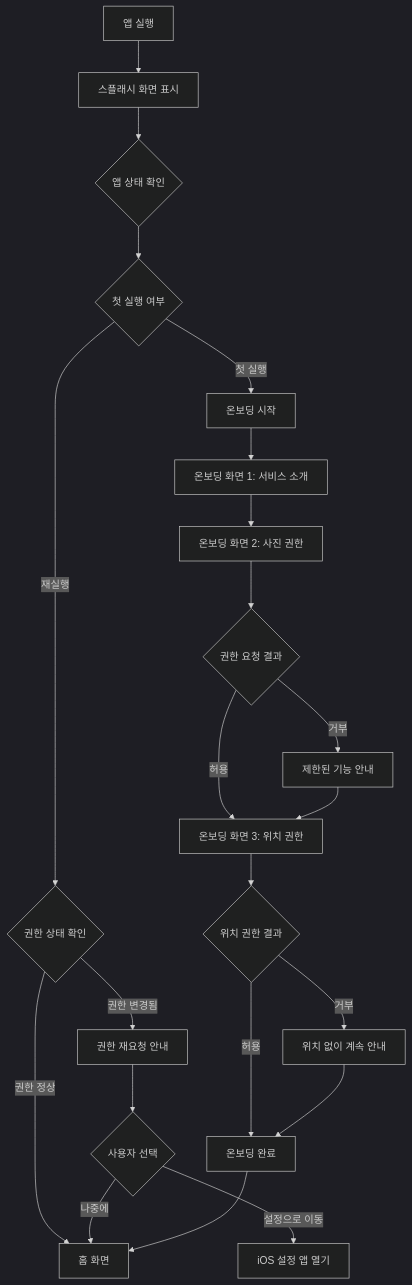
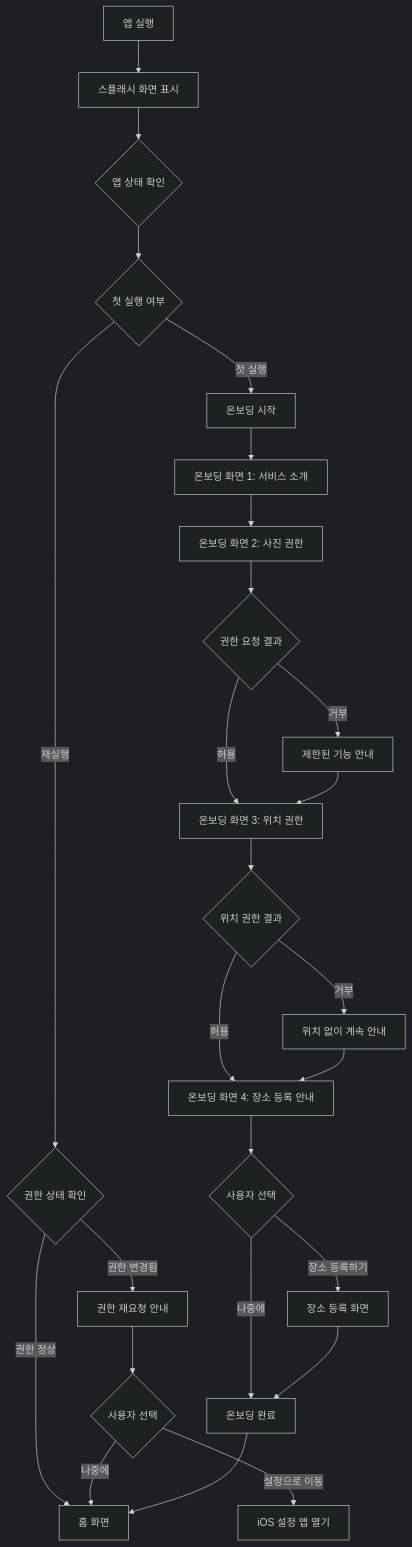
The first of 3 diagrams in Ref-Concepts/ui-scenarios/01-onboarding.md (leonardo204/Wander), drawn with Mermaid (dark theme) before and after one commit. The commit also changed other lines of this file and 30 other files, not shown here.

````diff
--- a/Ref-Concepts/ui-scenarios/01-onboarding.md
+++ b/Ref-Concepts/ui-scenarios/01-onboarding.md
@@ -9,29 +11,35 @@
 ```mermaid
 flowchart TD
     A[앱 실행] --> B[스플래시 화면 표시]
     B --> C{앱 상태 확인}
 
     C --> D{첫 실행 여부}
     D -->|첫 실행| E[온보딩 시작]
     D -->|재실행| F{권한 상태 확인}
 
     F -->|권한 정상| G[홈 화면]
     F -->|권한 변경됨| H[권한 재요청 안내]
     H --> I{사용자 선택}
     I -->|설정으로 이동| J[iOS 설정 앱 열기]
     I -->|나중에| G
 
     E --> K[온보딩 화면 1: 서비스 소개]
     K --> L[온보딩 화면 2: 사진 권한]
     L --> M{권한 요청 결과}
     M -->|허용| N[온보딩 화면 3: 위치 권한]
     M -->|거부| O[제한된 기능 안내]
     O --> N
 
     N --> P{위치 권한 결과}
-    P -->|허용| Q[온보딩 완료]
+    P -->|허용| PLACE[온보딩 화면 4: 장소 등록 안내]
     P -->|거부| R[위치 없이 계속 안내]
-    R --> Q
+    R --> PLACE
+
+    PLACE --> PLACE_Q{사용자 선택}
+    PLACE_Q -->|장소 등록하기| PLACE_REG[장소 등록 화면]
+    PLACE_Q -->|나중에| Q[온보딩 완료]
+
+    PLACE_REG --> Q
 
     Q --> G
 ```
````
